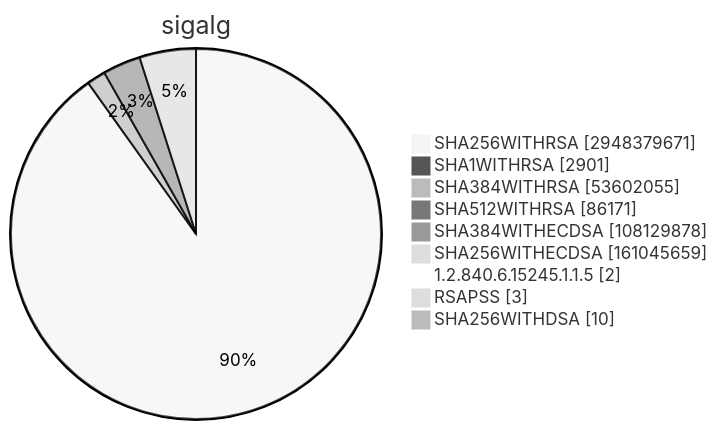
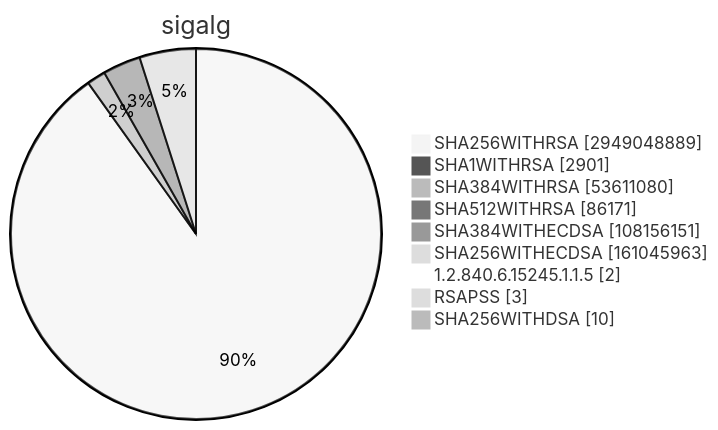
Diagram 15 of 15 in TOTAL/README.md (christiankrug/ctmonitor_visualization), drawn with Mermaid (neutral theme) before and after one commit. The commit also changed other lines of this file, not shown here.

````diff
--- a/TOTAL/README.md
+++ b/TOTAL/README.md
@@ -6207,13 +6207,13 @@
 ```mermaid
 pie showData
 title sigalg
-"SHA256WITHRSA" :2948379671
+"SHA256WITHRSA" :2949048889
 "SHA1WITHRSA" :2901
-"SHA384WITHRSA" :53602055
+"SHA384WITHRSA" :53611080
 "SHA512WITHRSA" :86171
-"SHA384WITHECDSA" :108129878
-"SHA256WITHECDSA" :161045659
+"SHA384WITHECDSA" :108156151
+"SHA256WITHECDSA" :161045963
 "1.2.840.6.15245.1.1.5" :2
 "RSAPSS" :3
 "SHA256WITHDSA" :10
 ```
````
